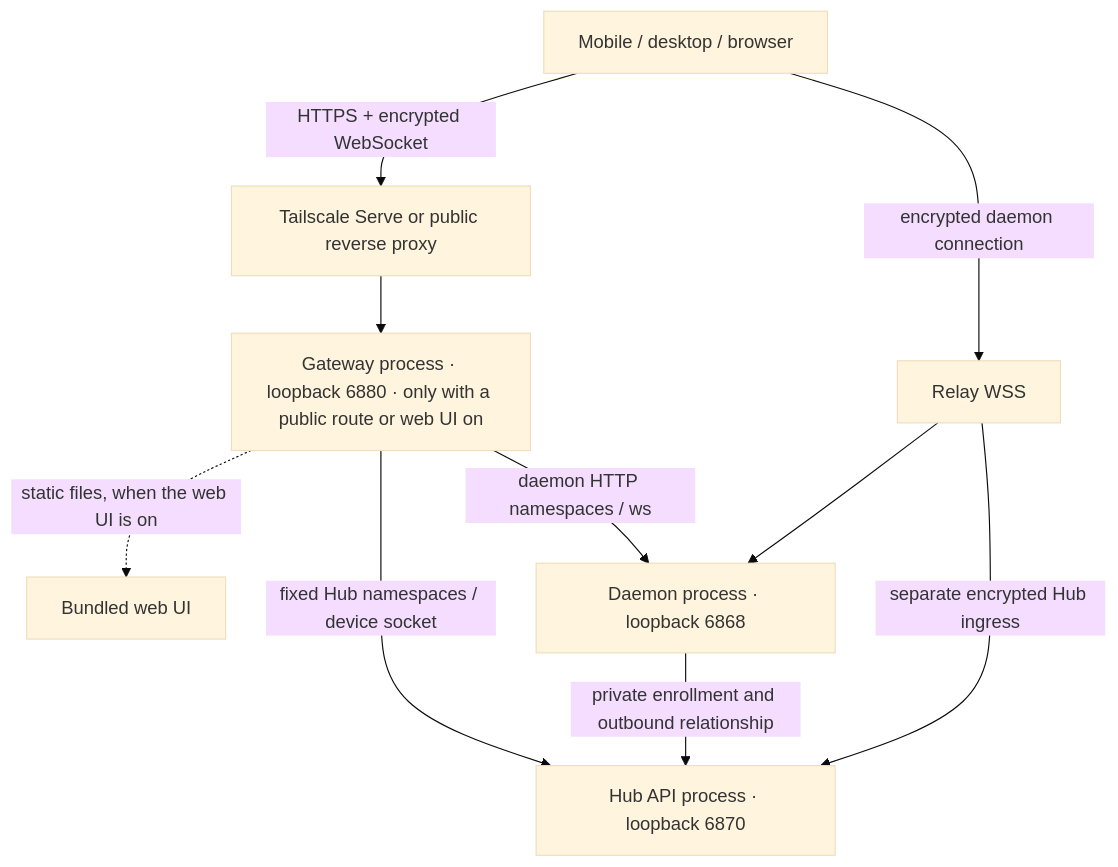
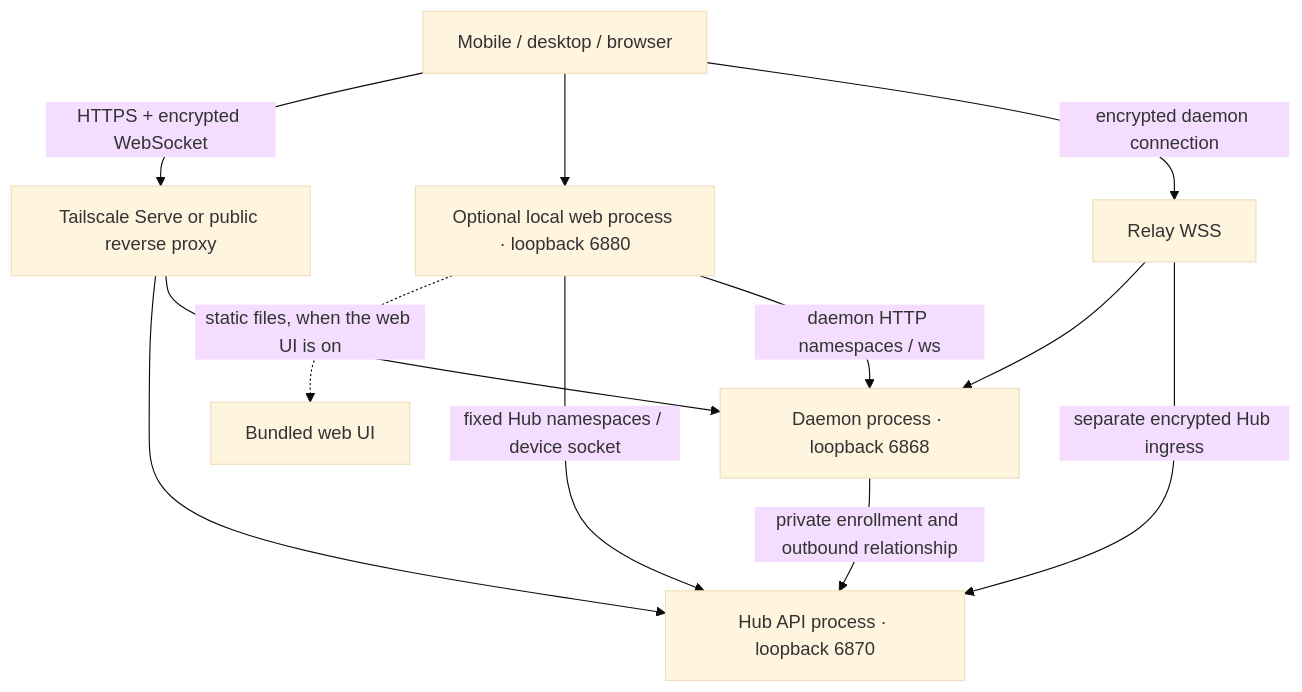
The diagram in docs/features/access/device-pairing.md (longbkit/clisbot), drawn with Mermaid (base theme) before and after one commit. The commit also changed other lines of this file and 68 other files, not shown here.

Commit message:
feat: default-first Bot onboarding and independent local web lifecycle

````diff
--- a/docs/features/access/device-pairing.md
+++ b/docs/features/access/device-pairing.md
@@ -355,12 +355,14 @@
 ```mermaid
 flowchart TB
   App[Mobile / desktop / browser] -->|HTTPS + encrypted WebSocket| TS[Tailscale Serve or public reverse proxy]
-  TS --> Gateway[Gateway process · loopback 6880 · only with a public route or web UI on]
+  TS --> Hub[Hub API process · loopback 6870]
+  TS --> Daemon[Daemon process · loopback 6868]
+  App --> Gateway[Optional local web process · loopback 6880]
   Gateway -.->|static files, when the web UI is on| Web[Bundled web UI]
   Gateway -->|fixed Hub namespaces / device socket| Hub[Hub API process · loopback 6870]
   Gateway -->|daemon HTTP namespaces / ws| Daemon[Daemon process · loopback 6868]
   App -->|encrypted daemon connection| Relay[Relay WSS]
   Relay --> Daemon
   Relay -->|separate encrypted Hub ingress| Hub
   Daemon -->|private enrollment and outbound relationship| Hub
 ```
````
